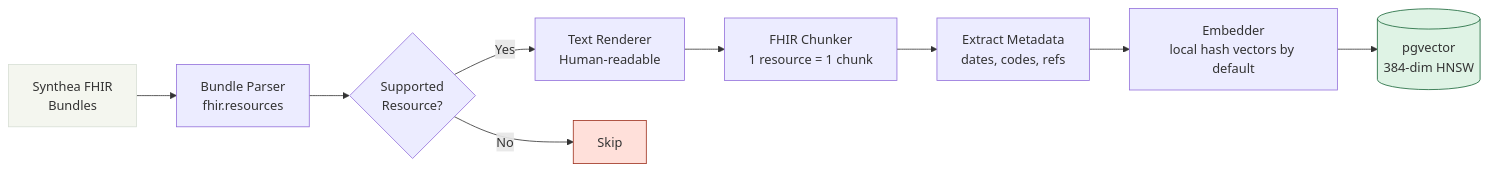
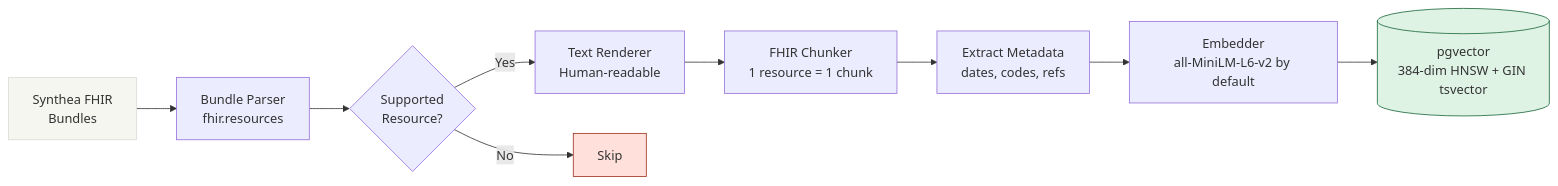
The third of 7 diagrams in README.md (budityw23/fhir-rag), drawn with Mermaid before and after one commit. The commit also changed other lines of this file, not shown here.

````diff
--- a/README.md
+++ b/README.md
@@ -93,15 +95,15 @@
 ```mermaid
 flowchart LR
     A[Synthea FHIR<br/>Bundles] --> B[Bundle Parser<br/>fhir.resources]
     B --> C{Supported<br/>Resource?}
     C -->|Yes| D[Text Renderer<br/>Human-readable]
     C -->|No| X[Skip]
     D --> E[FHIR Chunker<br/>1 resource = 1 chunk]
     E --> F[Extract Metadata<br/>dates, codes, refs]
-    F --> G[Embedder<br/>local hash vectors by default]
-    G --> H[(pgvector<br/>384-dim HNSW)]
+    F --> G[Embedder<br/>all-MiniLM-L6-v2 by default]
+    G --> H[(pgvector<br/>384-dim HNSW + GIN tsvector)]
 
     style A fill:#f4f6ef,stroke:#d7dfd5
     style H fill:#dff3e5,stroke:#176536
     style X fill:#ffe0da,stroke:#9d301d
 ```
````
